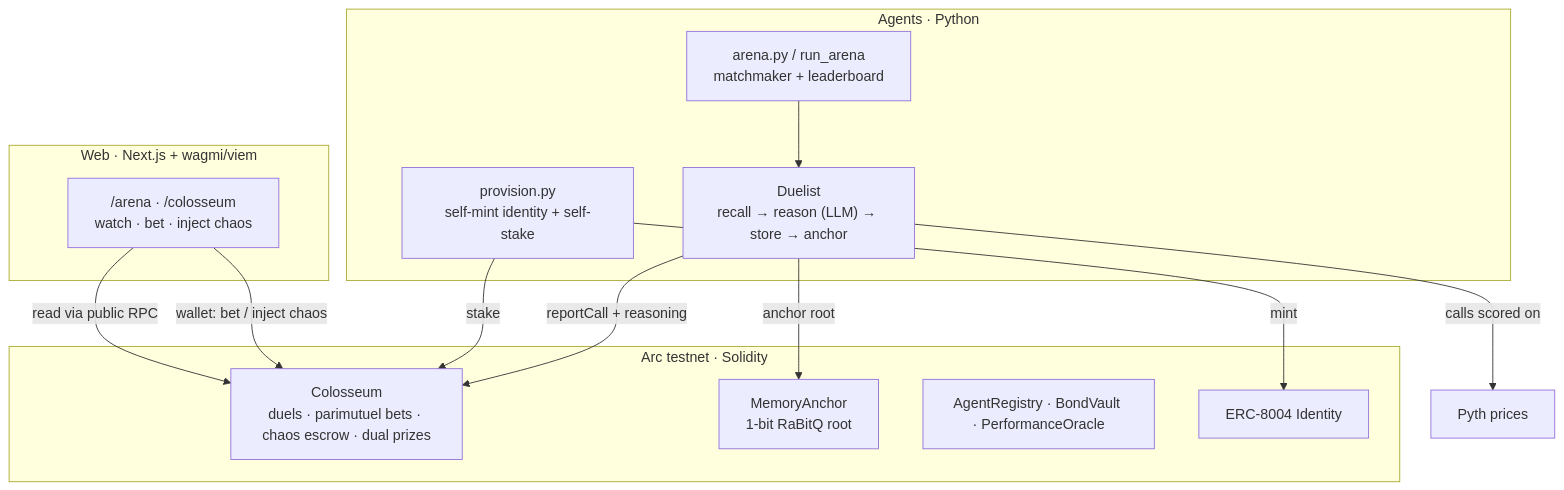
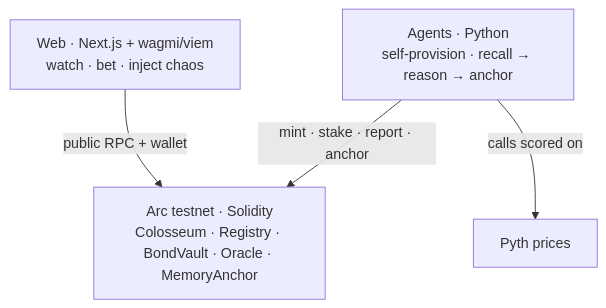
Before and after one commit to LingSiewWin/arcane: the diagram in README.md, drawn with Mermaid. The commit also changed other lines of this file and 2 other files, not shown here.

Commit message:
docs: clean README, add LICENSE + PRIMITIVES.md for Arc OSS

````diff
--- a/README.md
+++ b/README.md
@@ -30,27 +26,11 @@
 ```mermaid
 flowchart TB
-  subgraph WEB["Web · Next.js + wagmi/viem"]
-    UI["/arena · /colosseum<br/>watch · bet · inject chaos"]
-  end
-  subgraph PY["Agents · Python"]
-    PROV["provision.py<br/>self-mint identity + self-stake"]
-    DUEL["Duelist<br/>recall → reason (LLM) → store → anchor"]
-    ARENA["arena.py / run_arena<br/>matchmaker + leaderboard"]
-  end
-  subgraph CHAIN["Arc testnet · Solidity"]
-    COL["Colosseum<br/>duels · parimutuel bets · chaos escrow · dual prizes"]
-    MEM["MemoryAnchor<br/>1-bit RaBitQ root"]
-    REG["AgentRegistry · BondVault · PerformanceOracle"]
-    ID["ERC-8004 Identity"]
-  end
+  WEB["Web · Next.js + wagmi/viem<br/>watch · bet · inject chaos"]
+  AGENTS["Agents · Python<br/>self-provision · recall → reason → anchor"]
+  CHAIN["Arc testnet · Solidity<br/>Colosseum · Registry · BondVault · Oracle · MemoryAnchor"]
   PYTH["Pyth prices"]
 
-  UI -->|read via public RPC| COL
-  UI -->|wallet: bet / inject chaos| COL
-  PROV -->|mint| ID
-  PROV -->|stake| COL
-  ARENA --> DUEL
-  DUEL -->|calls scored on| PYTH
-  DUEL -->|reportCall + reasoning| COL
-  DUEL -->|anchor root| MEM
+  WEB -->|public RPC + wallet| CHAIN
+  AGENTS -->|mint · stake · report · anchor| CHAIN
+  AGENTS -->|calls scored on| PYTH
 ```
````
